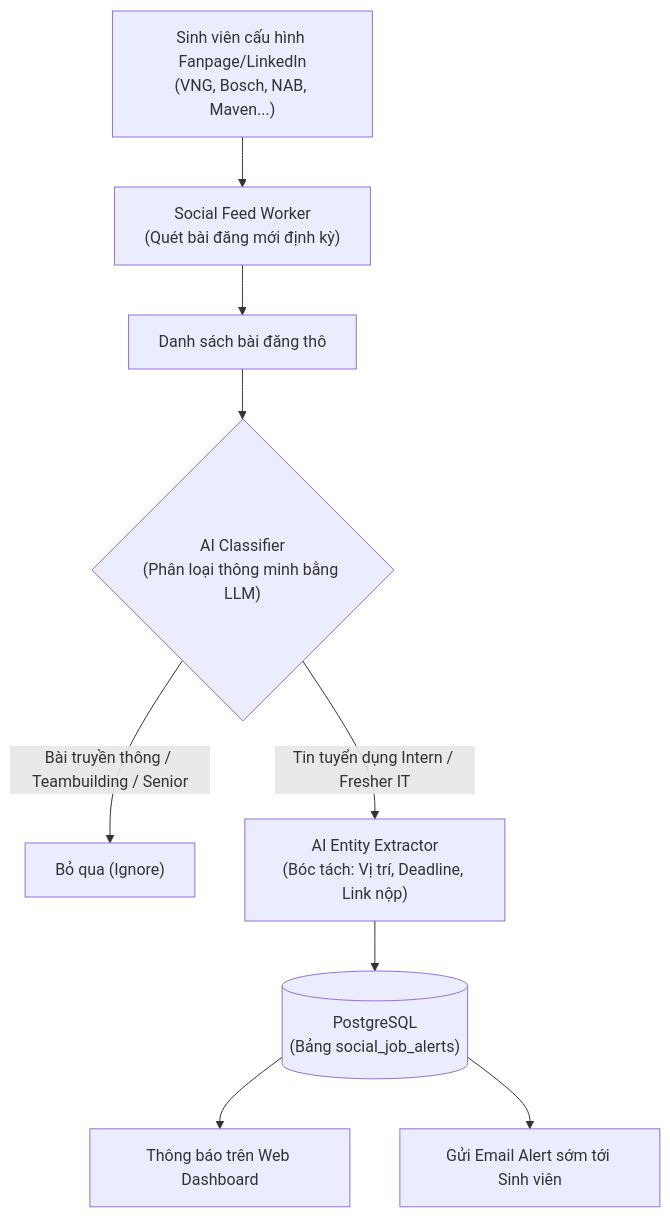
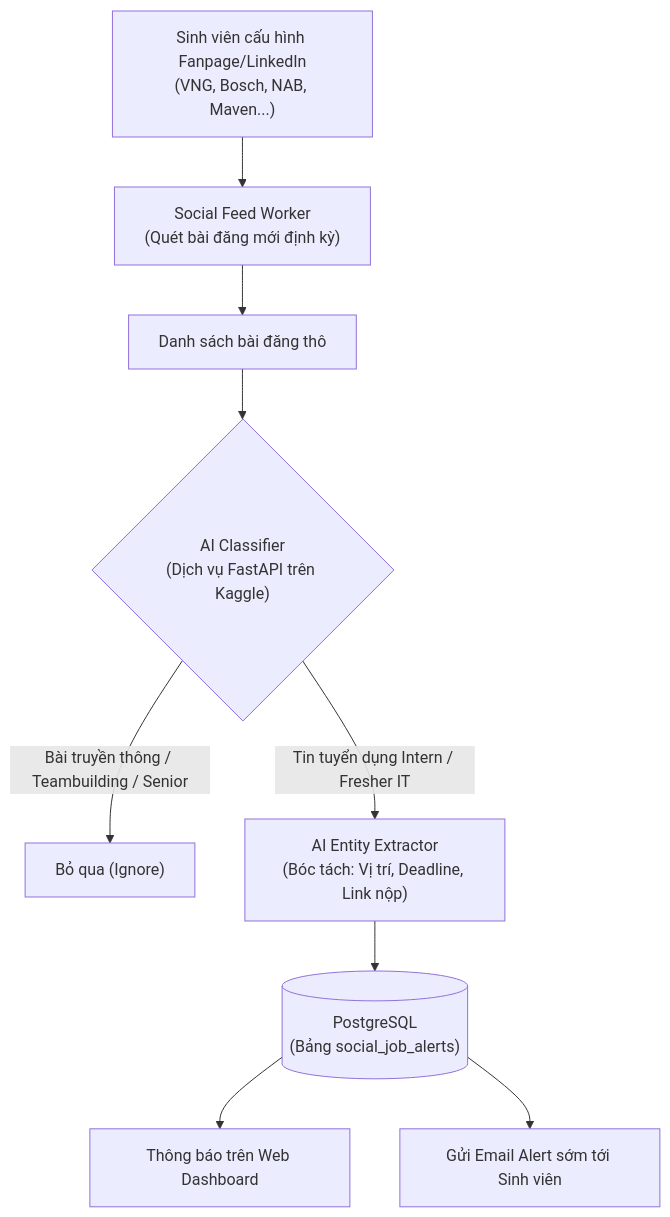
The second of 3 diagrams in docs/Week01/Team_Decision/Material/HireUS_Implementation_Plan.md (DungLe939/CNPM-Docs), drawn with Mermaid before and after one commit. The commit also changed other lines of this file and 2 other files, not shown here.

Commit message:
feat(proposal): hoàn thiện đề xuất đồ án với hạ tầng AI Kaggle FastAPI, DeepSeek và chuẩn hóa chi phí 0 VNĐ

````diff
--- a/docs/Week01/Team_Decision/Material/HireUS_Implementation_Plan.md
+++ b/docs/Week01/Team_Decision/Material/HireUS_Implementation_Plan.md
@@ -111,13 +111,13 @@
 ```mermaid
 flowchart TD
     UserConfig["Sinh viên cấu hình Fanpage/LinkedIn\n(VNG, Bosch, NAB, Maven...)"] --> Worker["Social Feed Worker\n(Quét bài đăng mới định kỳ)"]
     Worker --> RawPosts["Danh sách bài đăng thô"]
-    RawPosts --> AI_Classifier{"AI Classifier\n(Phân loại thông minh bằng LLM)"}
+    RawPosts --> AI_Classifier{"AI Classifier\n(Dịch vụ FastAPI trên Kaggle)"}
     
     AI_Classifier -->|Bài truyền thông / Teambuilding / Senior| Ignore["Bỏ qua (Ignore)"]
     AI_Classifier -->|Tin tuyển dụng Intern / Fresher IT| Extractor["AI Entity Extractor\n(Bóc tách: Vị trí, Deadline, Link nộp)"]
     
     Extractor --> DB[("PostgreSQL\n(Bảng social_job_alerts)")]
     DB --> WebNotice["Thông báo trên Web Dashboard"]
     DB --> EmailAlert["Gửi Email Alert sớm tới Sinh viên"]
 ```
````
